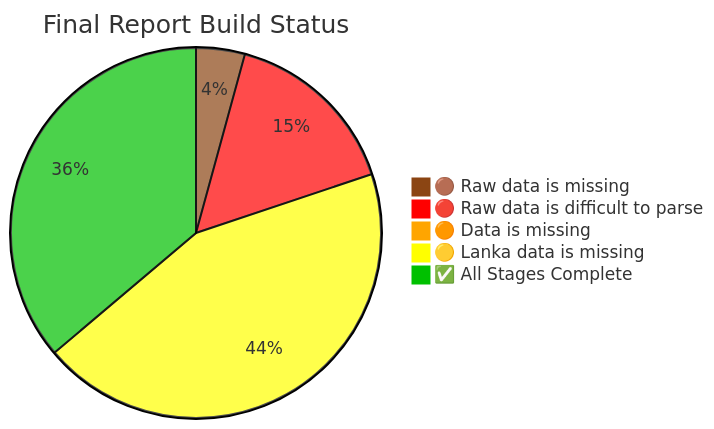
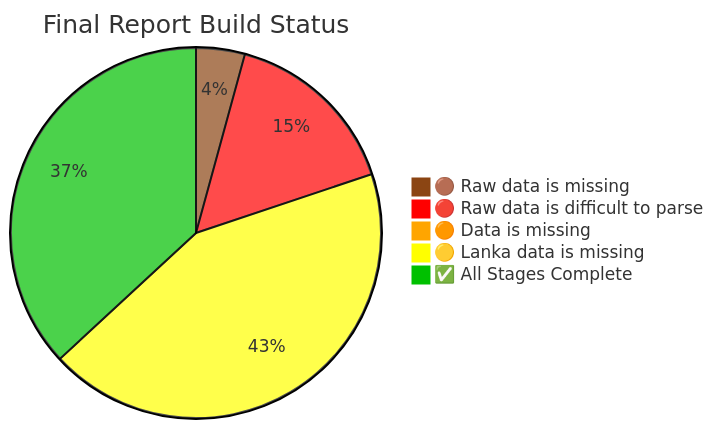
One commit to nuuuwan/lk_census_2024 changed the diagram in README.md. Above: the diagram before and after it, drawn with Mermaid. The commit also changed other lines of this file and 3 other files, not shown here.

````diff
--- a/README.md
+++ b/README.md
@@ -220,9 +220,9 @@
 ```mermaid
 %%{init: {"theme": "base", "themeVariables": {"pie1": "#8B4513", "pie2": "#FF0000", "pie3": "#FFA500", "pie4": "#FFFF00", "pie5": "#00c000"}}}%%
 pie title Final Report Build Status
 "🟤 Raw data is missing" : 6
     "🔴 Raw data is difficult to parse" : 22
     "🟠 Data is missing" : 1
-    "🟡 Lanka data is missing" : 62
-    "✅ All Stages Complete" : 51
+    "🟡 Lanka data is missing" : 61
+    "✅ All Stages Complete" : 52
 ```
````
